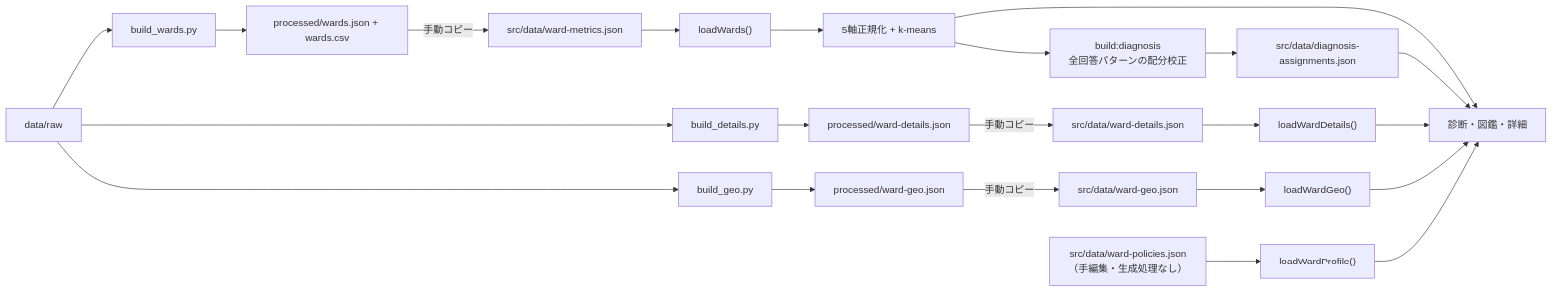
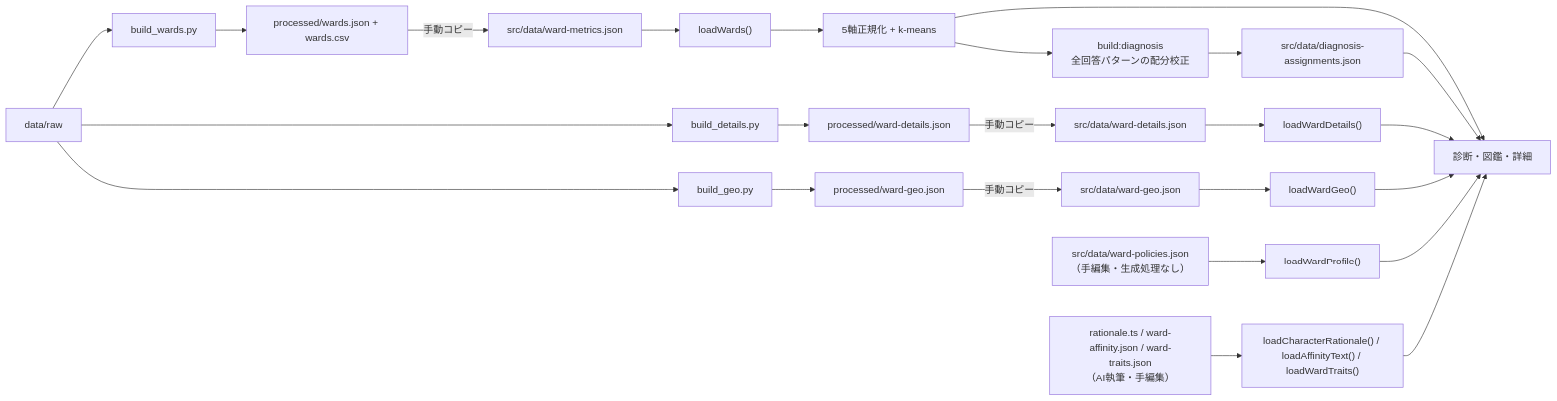
One commit to FukaseDaichi/TokyoOpenDataHackathon changed the diagram in docs/system-design/04-data-design.md. Above: the diagram before and after it, drawn with Mermaid. The commit also changed other lines of this file and 7 other files, not shown here.

````diff
--- a/docs/system-design/04-data-design.md
+++ b/docs/system-design/04-data-design.md
@@ -95,25 +101,27 @@
 ```mermaid
 flowchart LR
   Raw["data/raw"] --> WardsPy["build_wards.py"]
   Raw --> DetailsPy["build_details.py"]
   Raw --> GeoPy["build_geo.py"]
   WardsPy --> WardsProcessed["processed/wards.json + wards.csv"]
   DetailsPy --> DetailsProcessed["processed/ward-details.json"]
   GeoPy --> GeoProcessed["processed/ward-geo.json"]
   WardsProcessed -->|手動コピー| WardsBundle["src/data/ward-metrics.json"]
   DetailsProcessed -->|手動コピー| DetailsBundle["src/data/ward-details.json"]
   GeoProcessed -->|手動コピー| GeoBundle["src/data/ward-geo.json"]
   PoliciesJson["src/data/ward-policies.json\n（手編集・生成処理なし）"]
   Normalize --> DiagnosisBuild["build:diagnosis\n全回答パターンの配分校正"]
   DiagnosisBuild --> DiagnosisBundle["src/data/diagnosis-assignments.json"]
   WardsBundle --> Loader["loadWards()"]
   DetailsBundle --> DetailLoader["loadWardDetails()"]
   GeoBundle --> GeoLoader["loadWardGeo()"]
   PoliciesJson --> ProfileLoader["loadWardProfile()"]
+  Editorial["rationale.ts / ward-affinity.json / ward-traits.json\n（AI執筆・手編集）"] --> EditorialLoaders["loadCharacterRationale() / loadAffinityText() / loadWardTraits()"]
   Loader --> Normalize["5軸正規化 + k-means"]
   Normalize --> UI["診断・図鑑・詳細"]
   DiagnosisBundle --> UI
   DetailLoader --> UI
   GeoLoader --> UI
   ProfileLoader --> UI
+  EditorialLoaders --> UI
 ```
````
